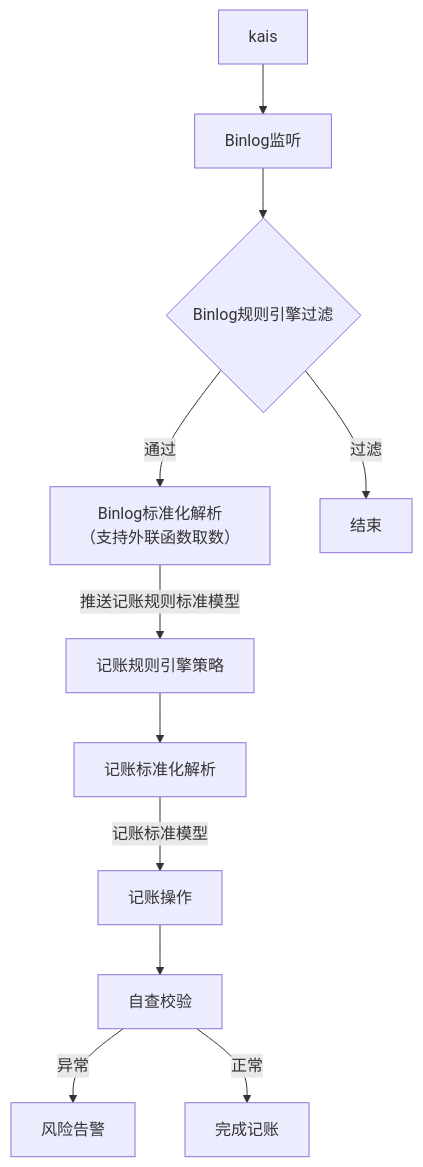
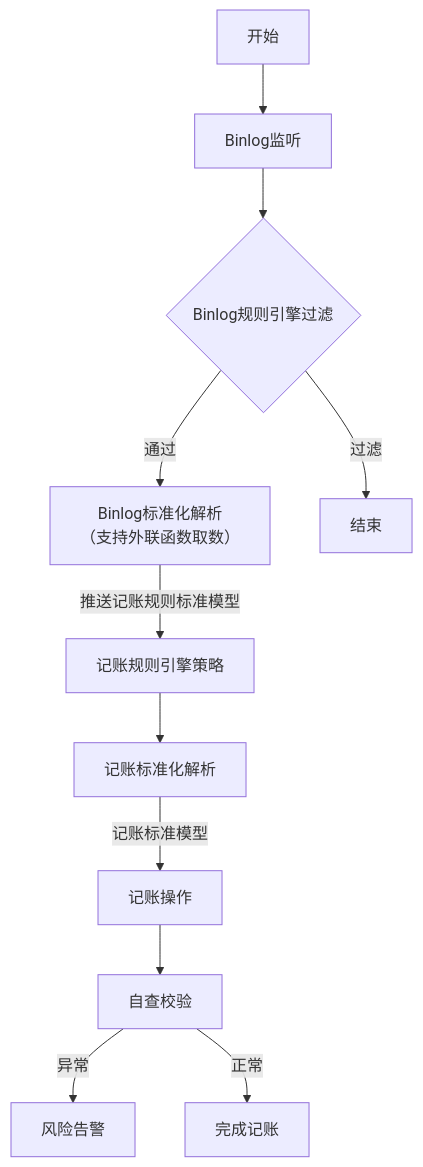
The diagram in all/记账架构流程图.md (87828943/iodraw-files), drawn with Mermaid before and after one commit.

Commit message:
2025-07-07 14:53:51 update

````diff
--- a/all/记账架构流程图.md
+++ b/all/记账架构流程图.md
@@ -1,14 +1,14 @@
 ```mermaid
 graph TD
-    Z[kais] --> A{Binlog规则引擎过滤}
+    Z[开始] --> A
     A[Binlog监听] --> B{Binlog规则引擎过滤}
     B -->|通过| C[Binlog标准化解析
     （支持外联函数取数）]
     B -->|过滤| K[结束]
     C --> |推送记账规则标准模型|D[记账规则引擎策略]
     D --> E[记账标准化解析]
     E --> |记账标准模型|F[记账操作]
     F --> G[自查校验]
     G -->|异常| H[风险告警]
     G -->|正常| I[完成记账]
 ```
````
